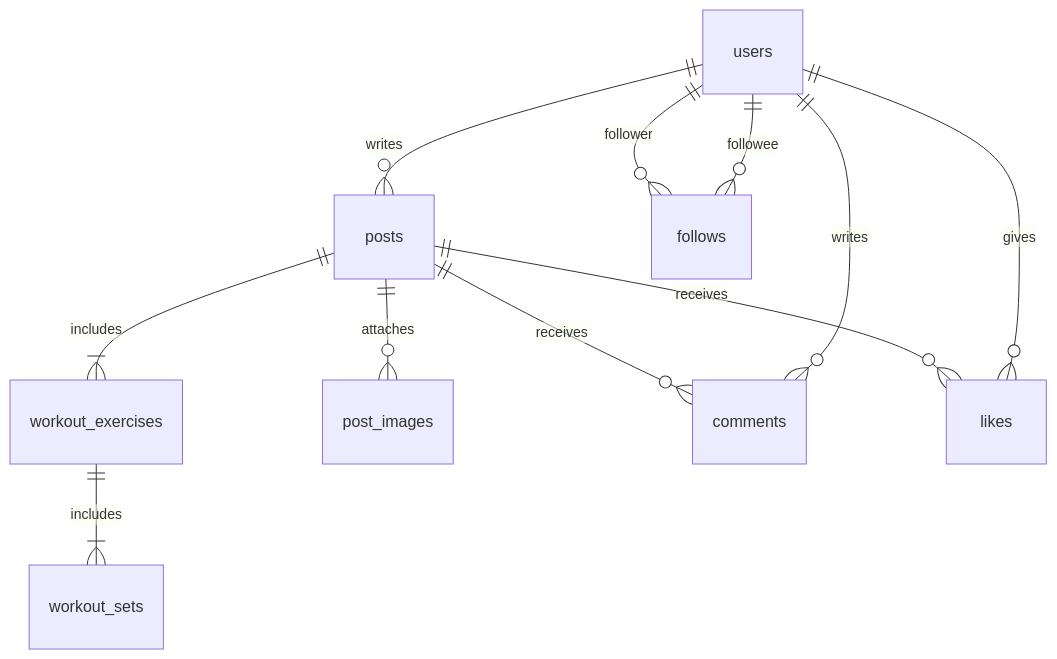
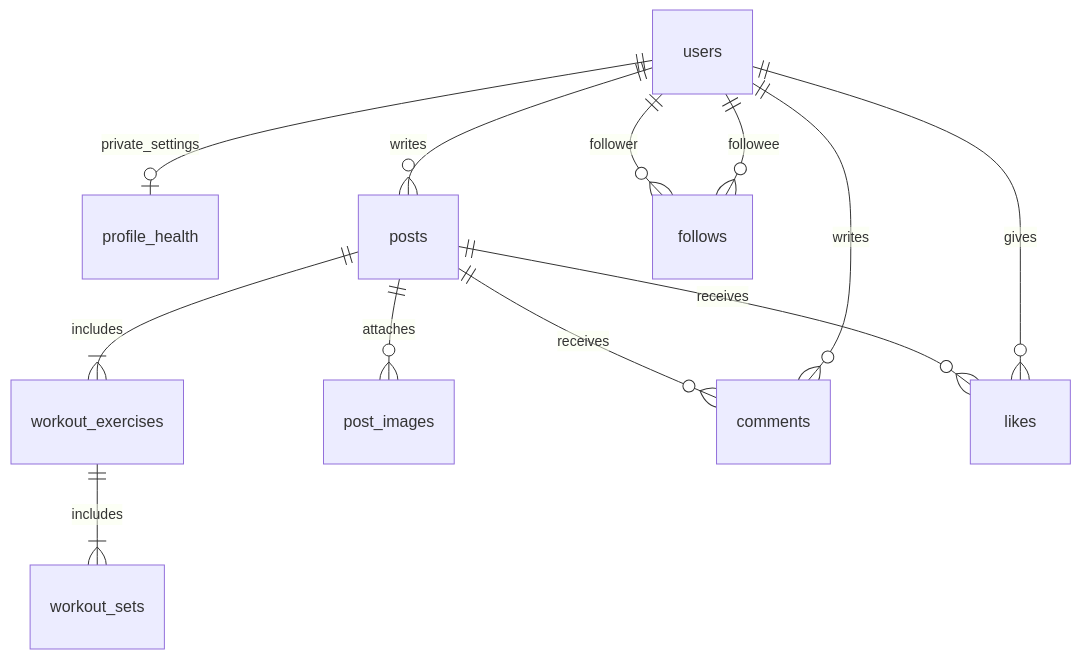
Before and after one commit to koma236/FitLog: the diagram in docs/07_er_diagram.md, drawn with Mermaid. The commit also changed other lines of this file and 29 other files, not shown here.

````diff
--- a/docs/07_er_diagram.md
+++ b/docs/07_er_diagram.md
@@ -9,13 +9,14 @@
 ```mermaid
 erDiagram
+    users ||--o| profile_health : private_settings
     users ||--o{ posts : writes
     posts ||--|{ workout_exercises : includes
     workout_exercises ||--|{ workout_sets : includes
     posts ||--o{ post_images : attaches
     posts ||--o{ comments : receives
     users ||--o{ comments : writes
     posts ||--o{ likes : receives
     users ||--o{ likes : gives
     users ||--o{ follows : follower
     users ||--o{ follows : followee
 ```
````
